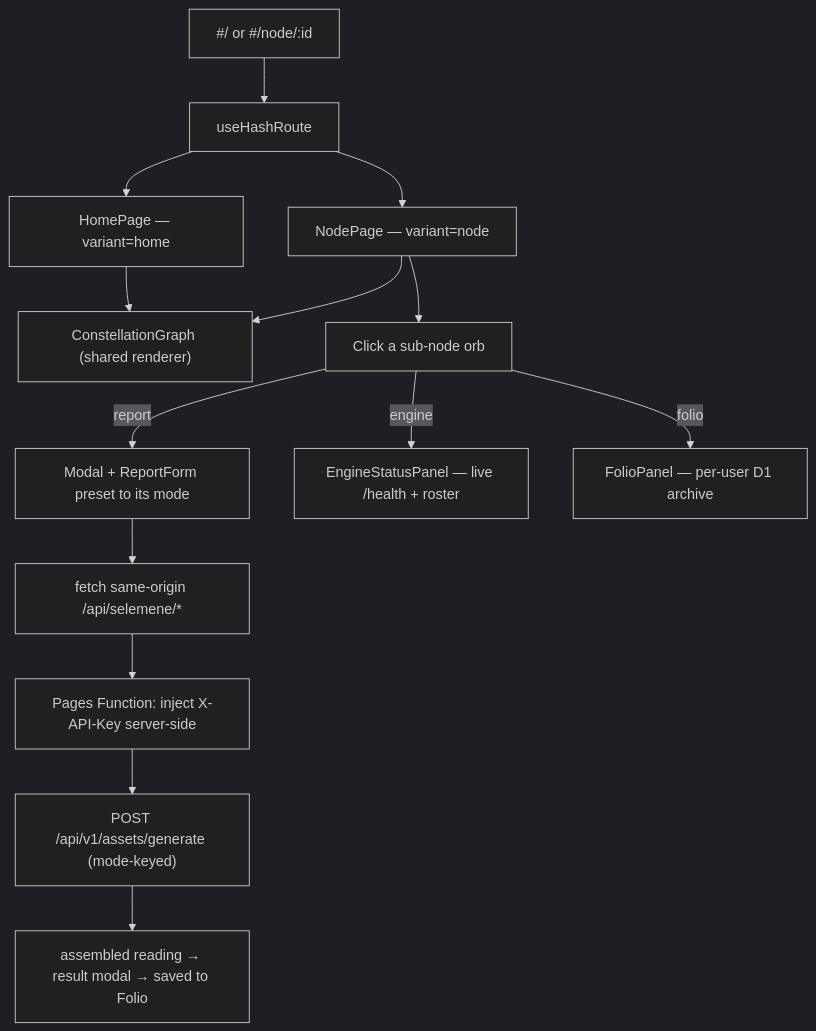
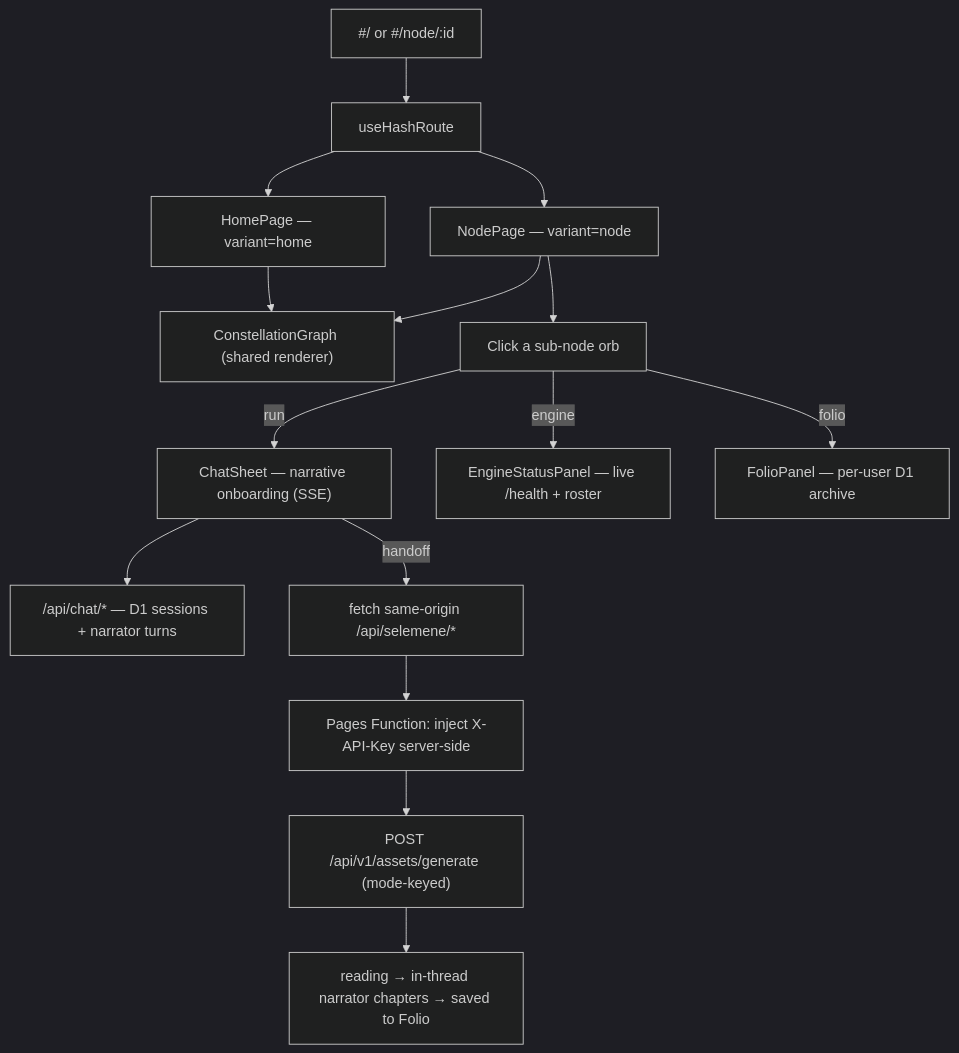
Before and after one commit to Sheshiyer/urania-137: the diagram in README.md, drawn with Mermaid (dark theme). The commit also changed other lines of this file and 22 other files, not shown here.

````diff
--- a/README.md
+++ b/README.md
@@ -148,16 +148,17 @@
 ```mermaid
 graph TD
     URL["#/  or  #/node/:id"] --> RT[useHashRoute]
     RT --> HP["HomePage — variant=home"]
     RT --> NP["NodePage — variant=node"]
     HP --> G["ConstellationGraph (shared renderer)"]
     NP --> G
     NP --> K[Click a sub-node orb]
-    K -->|report| M[Modal + ReportForm preset to its mode]
+    K -->|run| C["ChatSheet — narrative onboarding (SSE)"]
     K -->|engine| ES["EngineStatusPanel — live /health + roster"]
     K -->|folio| FP["FolioPanel — per-user D1 archive"]
-    M --> P["fetch same-origin /api/selemene/*"]
+    C --> CT["/api/chat/* — D1 sessions + narrator turns"]
+    C -->|handoff| P["fetch same-origin /api/selemene/*"]
     P --> PX["Pages Function: inject X-API-Key server-side"]
     PX --> H["POST /api/v1/assets/generate (mode-keyed)"]
-    H --> R["assembled reading → result modal → saved to Folio"]
+    H --> R["reading → in-thread narrator chapters → saved to Folio"]
 ```
````
